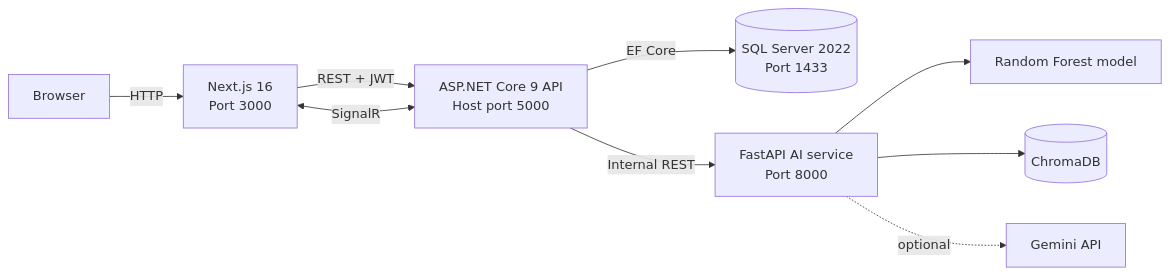
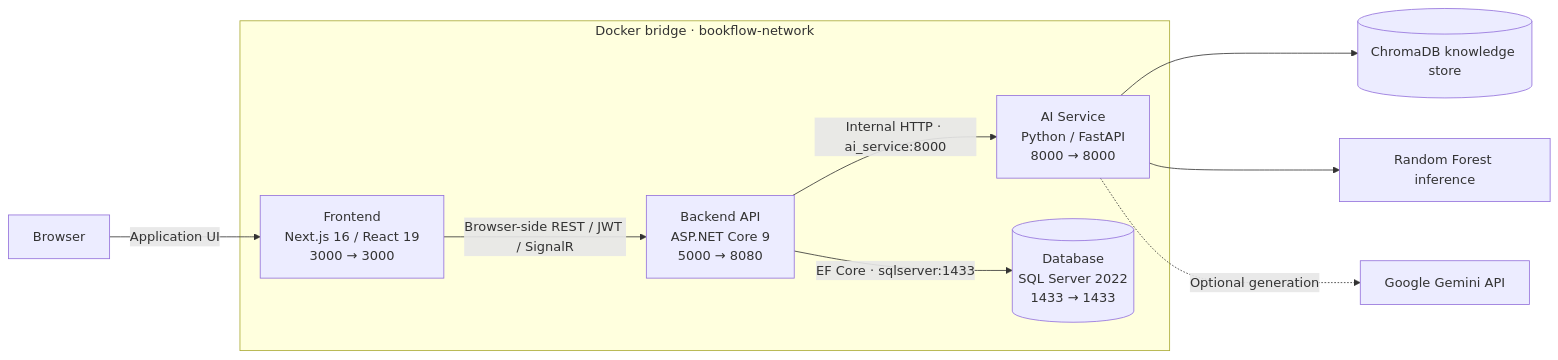
The diagram in README.md (AhmedFayed123/BookFlowAI), drawn with Mermaid before and after one commit. The commit also changed other lines of this file and 14 other files, not shown here.

````diff
--- a/README.md
+++ b/README.md
@@ -27,11 +59,20 @@
 ```mermaid
 flowchart LR
-    Browser[Browser] -->|HTTP| Frontend[Next.js 16<br/>Port 3000]
-    Frontend -->|REST + JWT| API[ASP.NET Core 9 API<br/>Host port 5000]
-    Frontend <-->|SignalR| API
-    API -->|EF Core| SQL[(SQL Server 2022<br/>Port 1433)]
-    API -->|Internal REST| AI[FastAPI AI service<br/>Port 8000]
-    AI --> ML[Random Forest model]
-    AI --> Chroma[(ChromaDB)]
-    AI -. optional .-> Gemini[Gemini API]
+    Browser["Browser"]
+
+    subgraph Network["Docker bridge · bookflow-network"]
+        Frontend["Frontend<br/>Next.js 16 / React 19<br/>3000 → 3000"]
+        API["Backend API<br/>ASP.NET Core 9<br/>5000 → 8080"]
+        AI["AI Service<br/>Python / FastAPI<br/>8000 → 8000"]
+        SQL[("Database<br/>SQL Server 2022<br/>1433 → 1433")]
+
+        Frontend -->|"Browser-side REST / JWT / SignalR"| API
+        API -->|"Internal HTTP · ai_service:8000"| AI
+        API -->|"EF Core · sqlserver:1433"| SQL
+    end
+
+    Browser -->|"Application UI"| Frontend
+    AI --> RAG[("ChromaDB knowledge store")]
+    AI --> ML["Random Forest inference"]
+    AI -.->|"Optional generation"| Gemini["Google Gemini API"]
 ```
````
